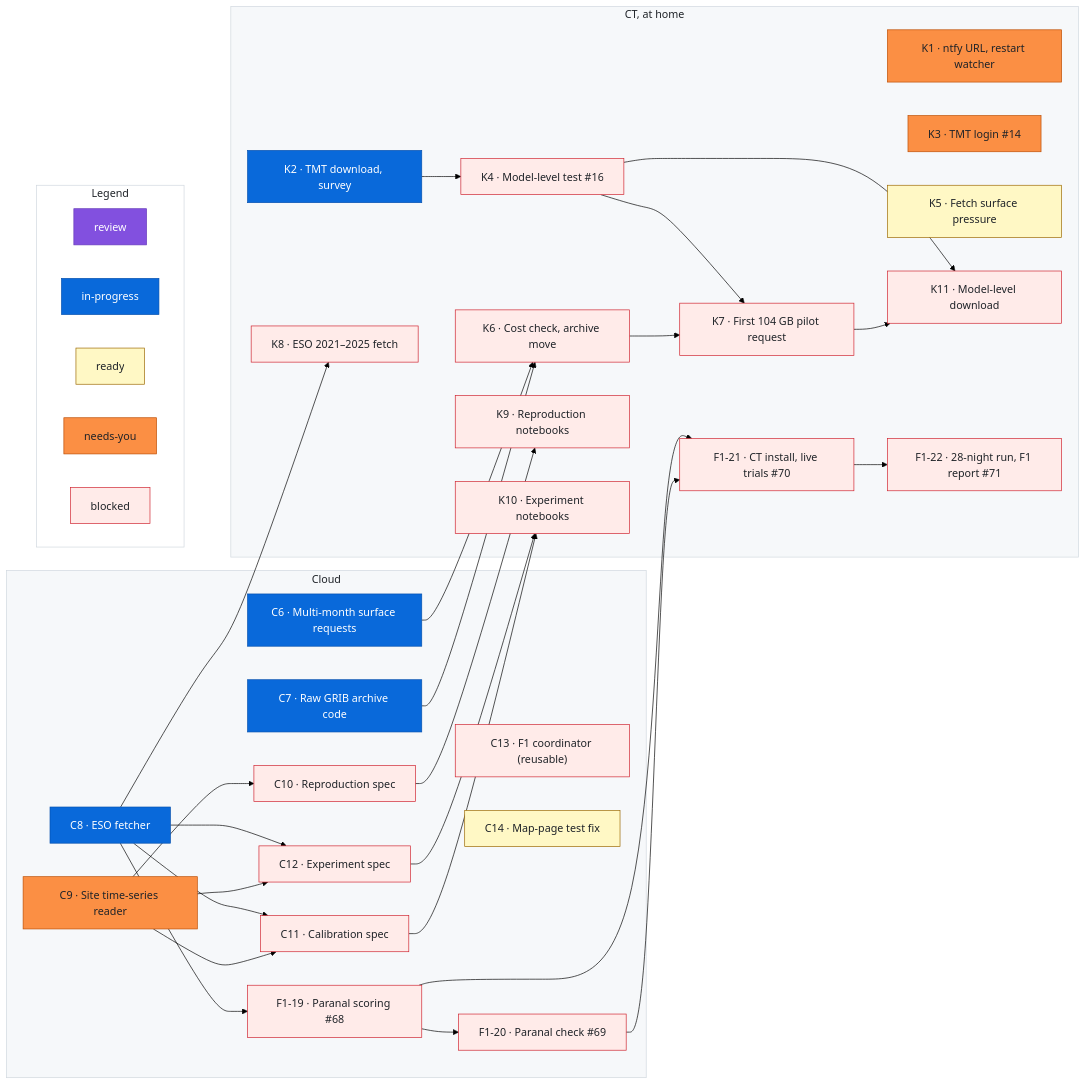
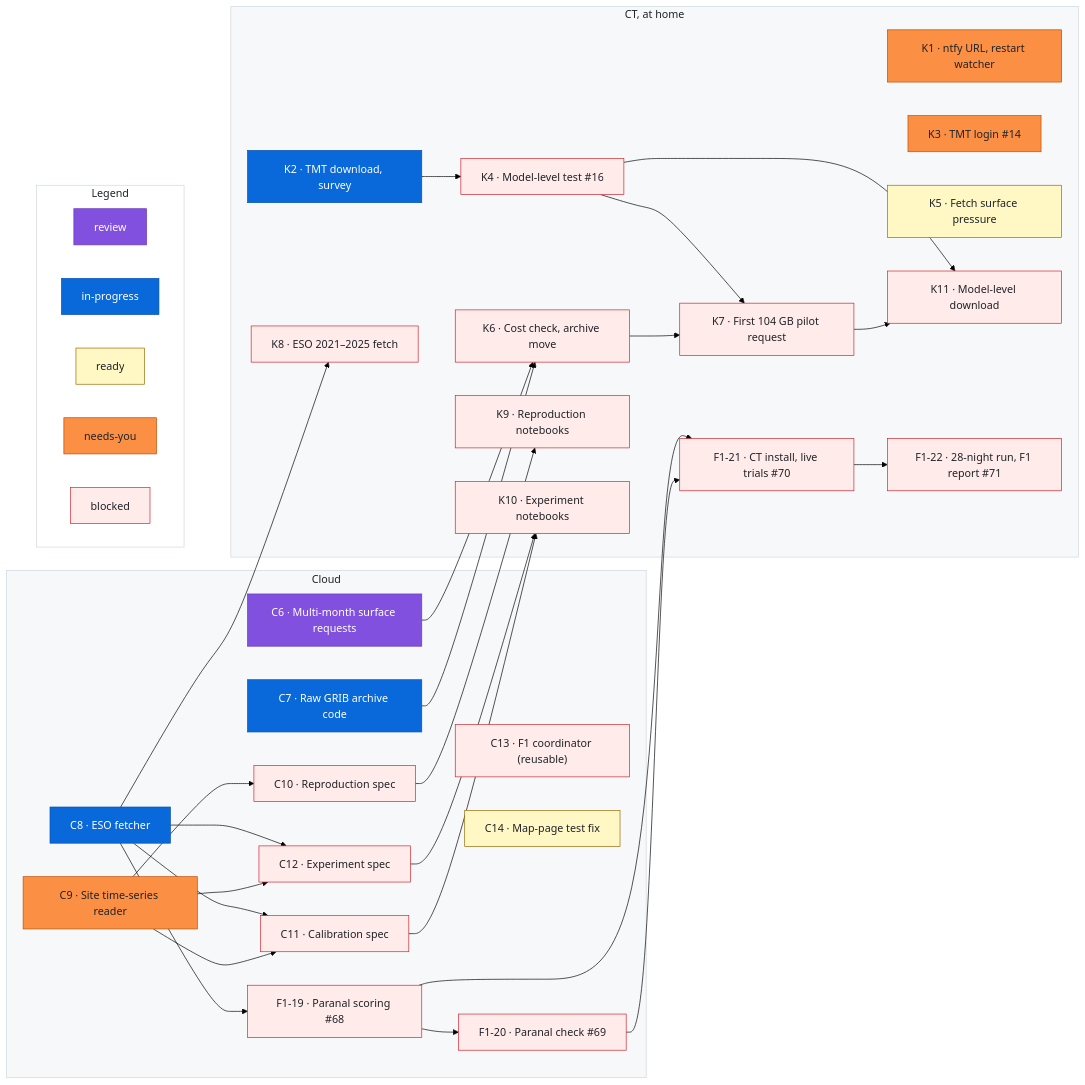
One commit to rrweller/Astro-seeing changed the diagram in docs/roadmap.md. Above: the diagram before and after it, drawn with Mermaid (forest theme). The commit also changed other lines of this file, not shown here.

Commit message:
roadmap: C6 in-progress → review
Claude-Session: https://claude.ai/code/session_01ECS9rZyiejVwPy6742WC3N

```diff
--- a/docs/roadmap.md
+++ b/docs/roadmap.md
@@ -136,7 +136,7 @@
   classDef needsyou fill:#fb8f44,stroke:#bc4c00,color:#1f2328
   classDef blocked fill:#ffebe9,stroke:#cf222e,color:#1f2328
   %% Status lines: one per item, each followed by a `%% ---` spacer. Sessions change only the last word.
-  class C6 inprogress
+  class C6 review
   %% ---
   class C7 inprogress
   %% ---
```
